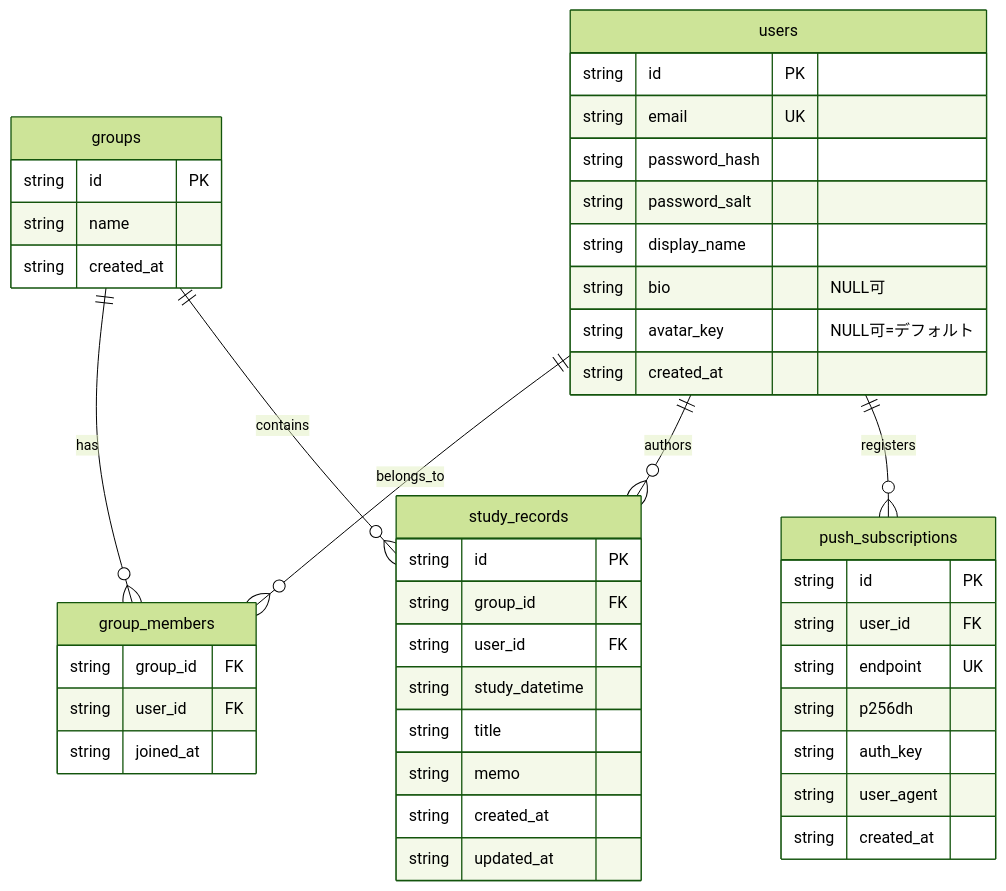
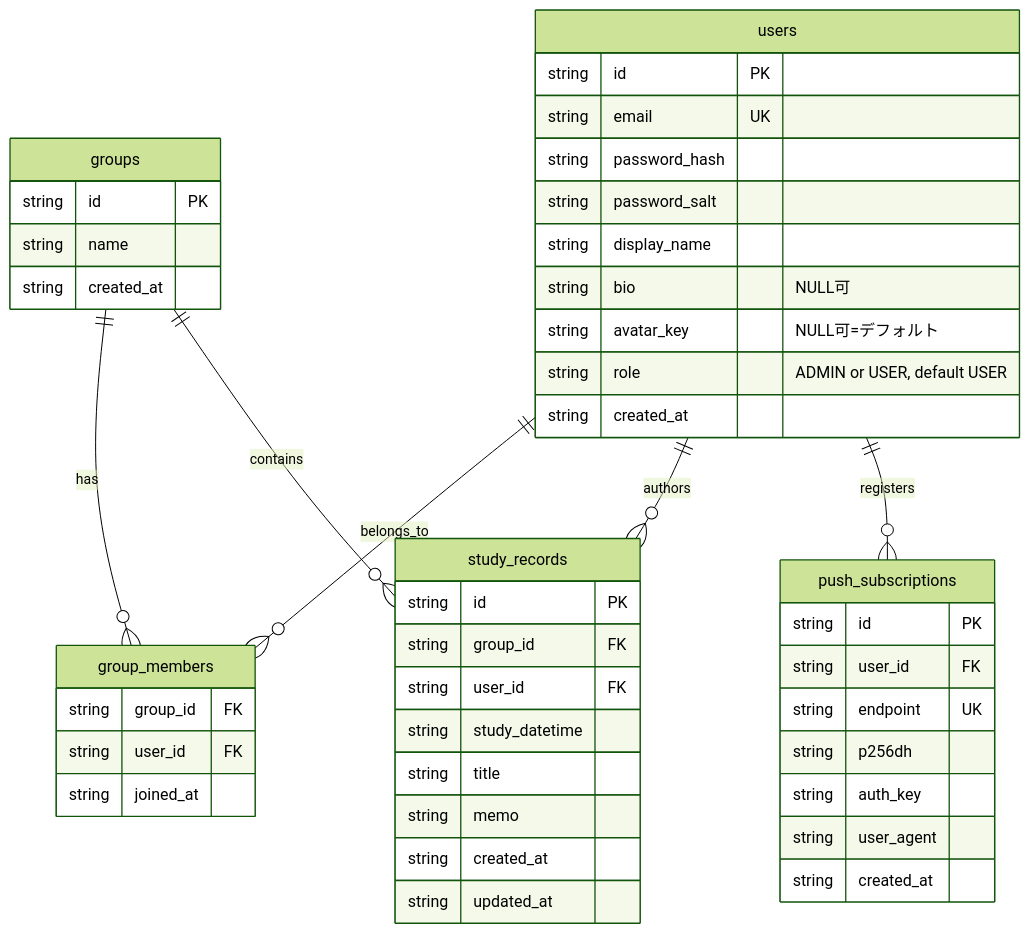
One commit to Hossori/shared-study-logger changed the diagram in docs/data-model.md. Above: the diagram before and after it, drawn with Mermaid (forest theme). The commit also changed other lines of this file and 14 other files, not shown here.

First line of the commit message:
feat: users に ADMIN/USER ロールを追加する

````diff
--- a/docs/data-model.md
+++ b/docs/data-model.md
@@ -8,48 +8,49 @@
 ```mermaid
 erDiagram
   users ||--o{ group_members : belongs_to
   groups ||--o{ group_members : has
   groups ||--o{ study_records : contains
   users ||--o{ study_records : authors
   users ||--o{ push_subscriptions : registers
 
   users {
     string id PK
     string email UK
     string password_hash
     string password_salt
     string display_name
     string bio "NULL可"
     string avatar_key "NULL可=デフォルト"
+    string role "ADMIN or USER, default USER"
     string created_at
   }
   groups {
     string id PK
     string name
     string created_at
   }
   group_members {
     string group_id FK
     string user_id FK
     string joined_at
   }
   study_records {
     string id PK
     string group_id FK
     string user_id FK
     string study_datetime
     string title
     string memo
     string created_at
     string updated_at
   }
   push_subscriptions {
     string id PK
     string user_id FK
     string endpoint UK
     string p256dh
     string auth_key
     string user_agent
     string created_at
   }
 ```
````
